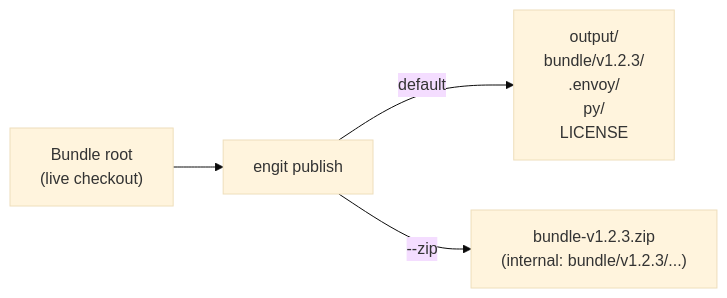
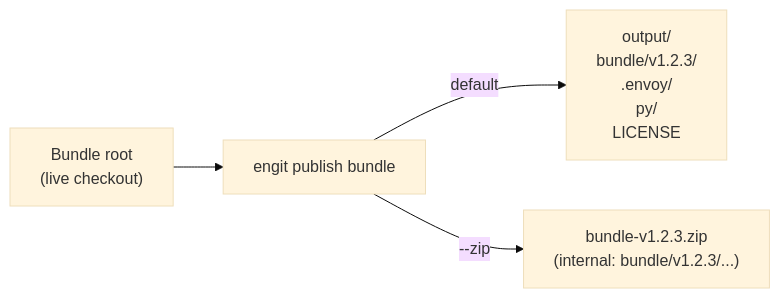
The third of 3 diagrams in docs/advanced.md (gtvfx-contrib/gt-envoy), drawn with Mermaid (base theme) before and after one commit. The commit also changed other lines of this file and 2 other files, not shown here.

````diff
--- a/docs/advanced.md
+++ b/docs/advanced.md
@@ -96,11 +96,11 @@
 ```mermaid
 flowchart LR
     SRC["Bundle root\n(live checkout)"]
-    PUB["engit publish"]
+    PUB["engit publish bundle"]
     FOLD["output/\nbundle/v1.2.3/\n  .envoy/\n  py/\n  LICENSE"]
     ZIP["bundle-v1.2.3.zip\n(internal: bundle/v1.2.3/...)"]
 
     SRC --> PUB
     PUB -- "default" --> FOLD
     PUB -- "--zip" --> ZIP
 ```
````
